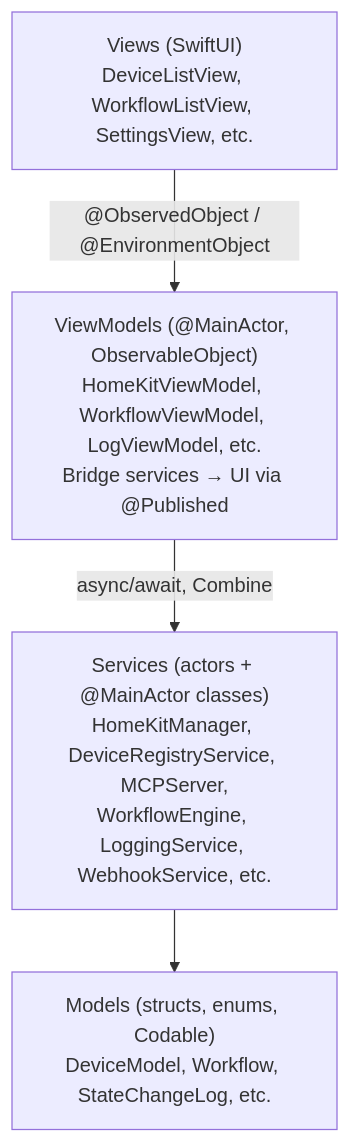
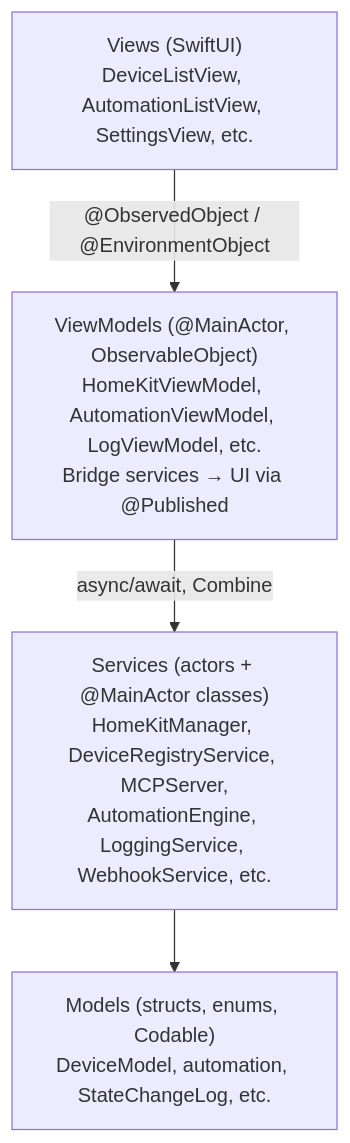
The third of 9 diagrams in DESIGN.md (novoapro/compai-home), drawn with Mermaid before and after one commit. The commit also changed other lines of this file and 459 other files, not shown here.

````diff
--- a/DESIGN.md
+++ b/DESIGN.md
@@ -83,11 +83,11 @@
 ```mermaid
 graph TD
-    Views["Views (SwiftUI)<br/>DeviceListView, WorkflowListView, SettingsView, etc."]
-    VMs["ViewModels (@MainActor, ObservableObject)<br/>HomeKitViewModel, WorkflowViewModel, LogViewModel, etc.<br/>Bridge services → UI via @Published"]
-    Services["Services (actors + @MainActor classes)<br/>HomeKitManager, DeviceRegistryService, MCPServer,<br/>WorkflowEngine, LoggingService, WebhookService, etc."]
-    Models["Models (structs, enums, Codable)<br/>DeviceModel, Workflow, StateChangeLog, etc."]
+    Views["Views (SwiftUI)<br/>DeviceListView, AutomationListView, SettingsView, etc."]
+    VMs["ViewModels (@MainActor, ObservableObject)<br/>HomeKitViewModel, AutomationViewModel, LogViewModel, etc.<br/>Bridge services → UI via @Published"]
+    Services["Services (actors + @MainActor classes)<br/>HomeKitManager, DeviceRegistryService, MCPServer,<br/>AutomationEngine, LoggingService, WebhookService, etc."]
+    Models["Models (structs, enums, Codable)<br/>DeviceModel, automation, StateChangeLog, etc."]
 
     Views -- "@ObservedObject / @EnvironmentObject" --> VMs
     VMs -- "async/await, Combine" --> Services
     Services --> Models
 ```
````
